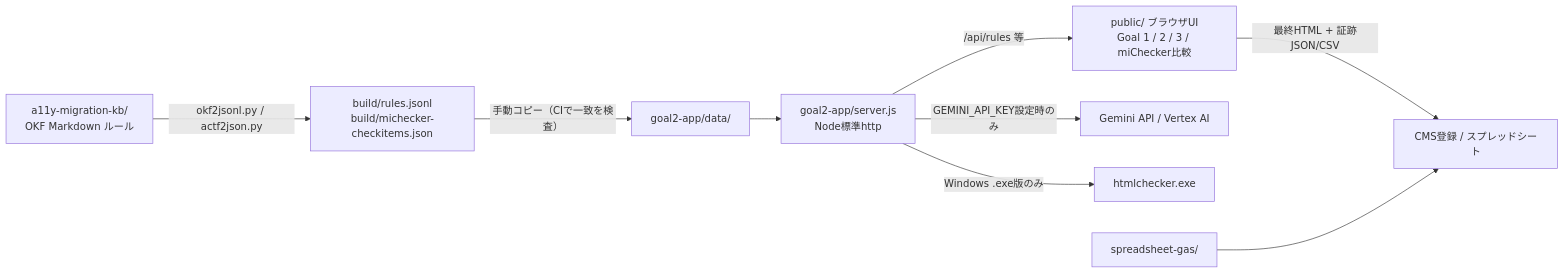
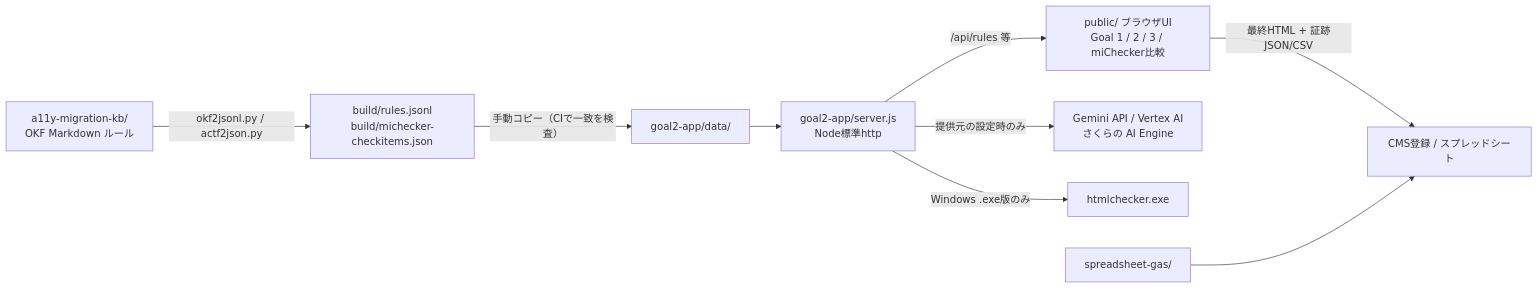
Before and after one commit to koteikara/11y-agent: the diagram in PROJECT_CONTEXT.md, drawn with Mermaid. The commit also changed other lines of this file and 7 other files, not shown here.

````diff
--- a/PROJECT_CONTEXT.md
+++ b/PROJECT_CONTEXT.md
@@ -45,11 +45,11 @@
 ```mermaid
 flowchart LR
   KB[a11y-migration-kb/<br>OKF Markdown ルール] -->|okf2jsonl.py / actf2json.py| BUILD[build/rules.jsonl<br>build/michecker-checkitems.json]
   BUILD -->|手動コピー（CIで一致を検査）| DATA[goal2-app/data/]
   DATA --> SRV[goal2-app/server.js<br>Node標準http]
   SRV -->|/api/rules 等| UI[public/ ブラウザUI<br>Goal 1 / 2 / 3 / miChecker比較]
-  SRV -->|GEMINI_API_KEY設定時のみ| GEMINI[Gemini API / Vertex AI]
+  SRV -->|提供元の設定時のみ| GEMINI[Gemini API / Vertex AI<br>さくらの AI Engine]
   SRV -->|Windows .exe版のみ| MIC[htmlchecker.exe]
   UI -->|最終HTML + 証跡JSON/CSV| OUT[CMS登録 / スプレッドシート]
   GAS[spreadsheet-gas/] --> OUT
 ```
````
